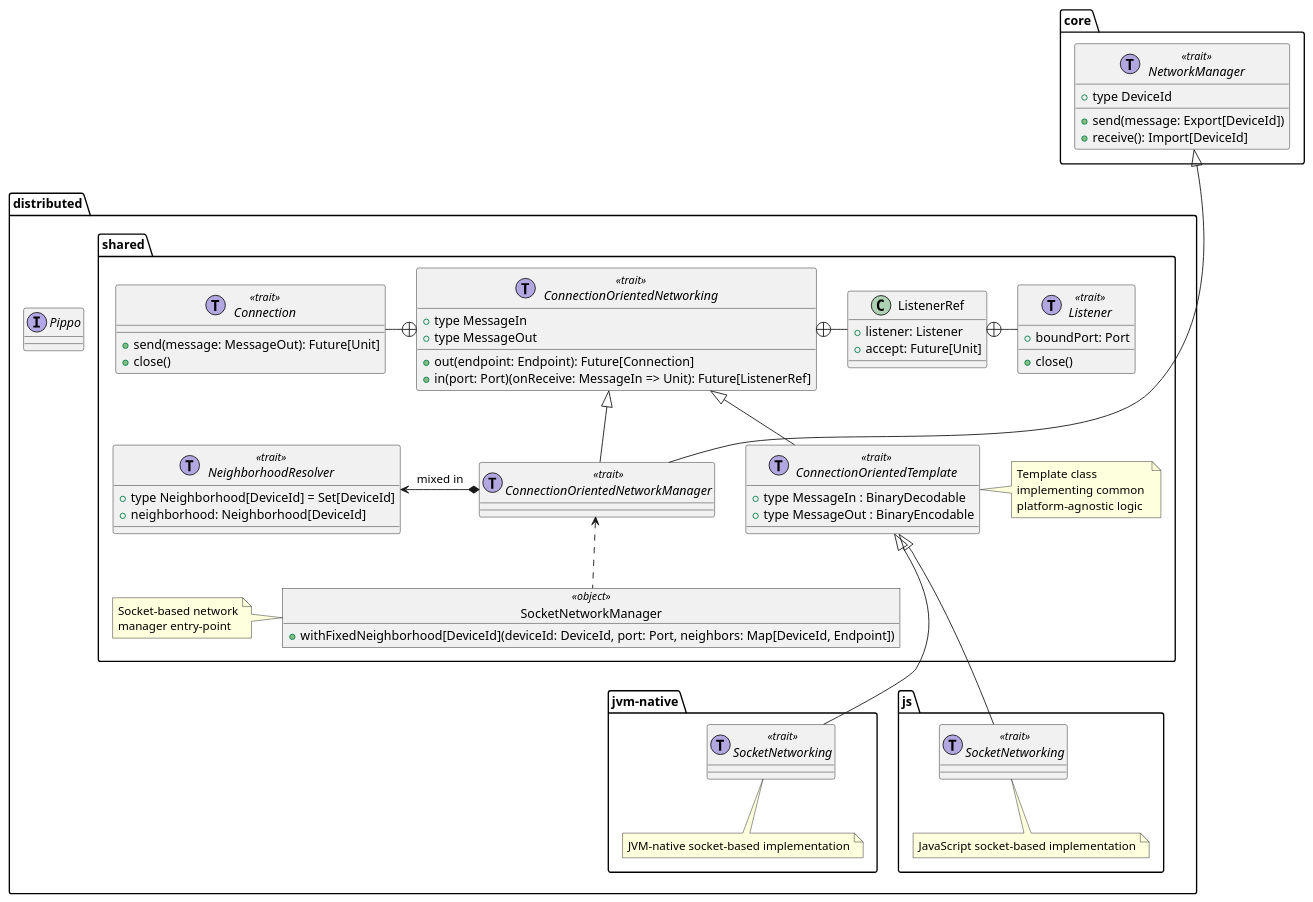
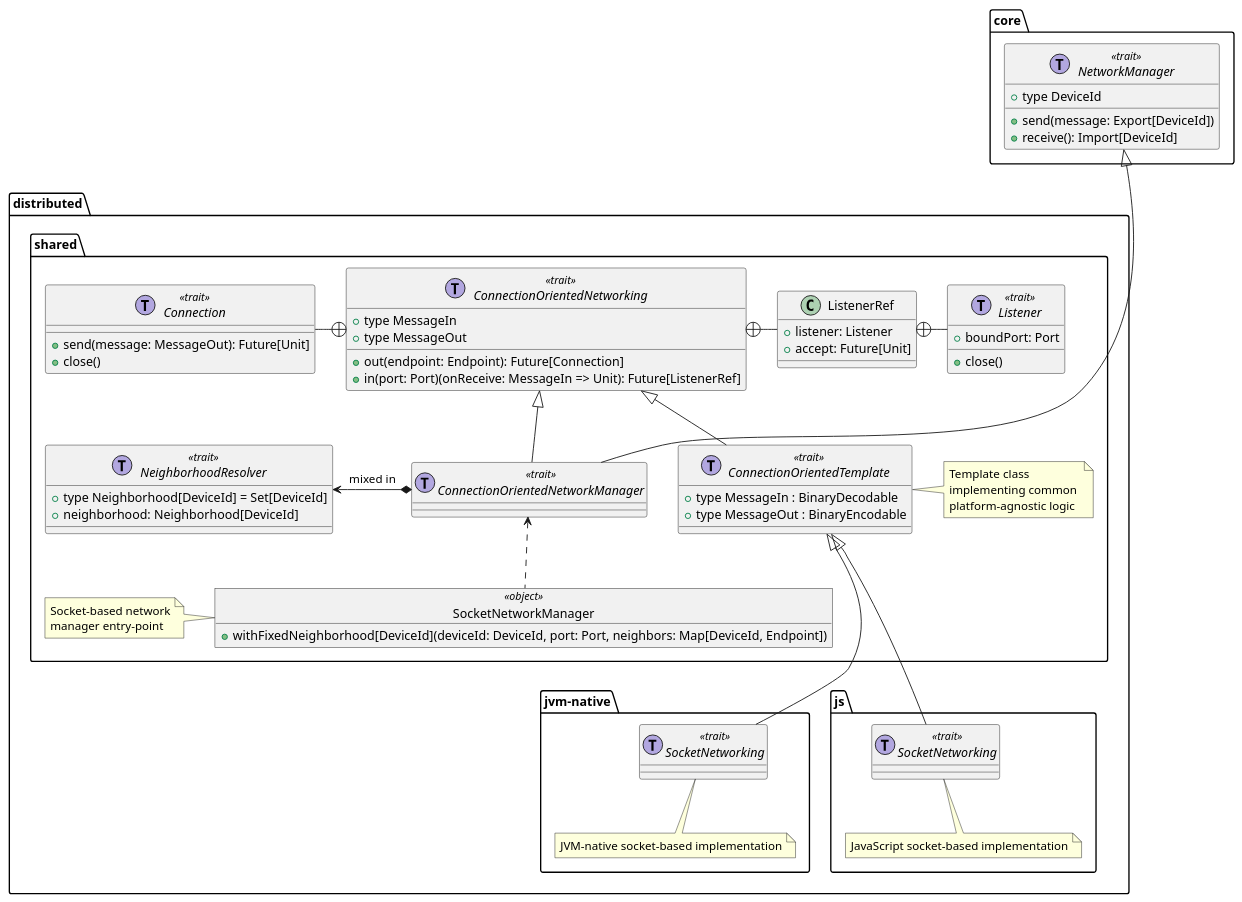
The diagram in resources/schemas/socket-distribution.puml (tassiluca/scafi3-mp-api-thesis), drawn with PlantUML before and after one commit. The commit also changed 4 other files, not shown here.

```diff
--- a/resources/schemas/socket-distribution.puml
+++ b/resources/schemas/socket-distribution.puml
@@ -1,100 +1,99 @@
 @startuml socket-distribution
 
 skinparam interface<<trait>> {
   BackgroundColor lightblue
   BorderColor blue
   StereotypeFontColor blue
 }
 
 package "core" {
     interface NetworkManager << (T,#b2a7e0) trait >> {
         + type DeviceId
         + send(message: Export[DeviceId])
         + receive(): Import[DeviceId]
     }
 }
 
 package "distributed" {
     package "shared" {
         ' object InetTypes {
         '     + type IPv4
         '     + type Port
         '     + type Hostname
         '     + type Endpoint
         '     + ...
         ' }
 
         interface ConnectionOrientedNetworking << (T,#b2a7e0) trait >> {
             + type MessageIn
             + type MessageOut
             + out(endpoint: Endpoint): Future[Connection]
             + in(port: Port)(onReceive: MessageIn => Unit): Future[ListenerRef]
         }
         ConnectionOrientedNetworking +-left- Connection
         ConnectionOrientedNetworking +- ListenerRef
         ListenerRef +- Listener
 
         interface Connection << (T,#b2a7e0) trait >> {
             + send(message: MessageOut): Future[Unit]
             + close()
         }
 
         class ListenerRef {
             + listener: Listener
             + accept: Future[Unit]
         }
 
         interface Listener << (T,#b2a7e0) trait >> {
             + boundPort: Port
             + close()
         }
 
         interface ConnectionOrientedTemplate << (T,#b2a7e0) trait >> extends ConnectionOrientedNetworking {
             + type MessageIn : BinaryDecodable
             + type MessageOut : BinaryEncodable
         }
         note right of ConnectionOrientedTemplate
             Template class 
             implementing common 
             platform-agnostic logic
         end note
 
         interface NeighborhoodResolver << (T,#b2a7e0) trait >> {
             + type Neighborhood[DeviceId] = Set[DeviceId]
             + neighborhood: Neighborhood[DeviceId]
         }
 
         interface ConnectionOrientedNetworkManager << (T,#b2a7e0) trait >> extends ConnectionOrientedNetworking
         ConnectionOrientedNetworkManager *-left-> NeighborhoodResolver : mixed in
         core.NetworkManager <|--- ConnectionOrientedNetworkManager
 
         object SocketNetworkManager << object>> {
             + withFixedNeighborhood[DeviceId](deviceId: DeviceId, port: Port, neighbors: Map[DeviceId, Endpoint])
         }
         note left of SocketNetworkManager
             Socket-based network
             manager entry-point
         end note
         SocketNetworkManager .up.> ConnectionOrientedNetworkManager
     }
 
     package "jvm-native" {
         interface SocketNetworking << (T,#b2a7e0) trait >>
         SocketNetworking --up-|> distributed.shared.ConnectionOrientedTemplate
         note bottom of SocketNetworking
             JVM-native socket-based implementation
         end note
     }
 
     package "js" {
         interface SocketNetworking << (T,#b2a7e0) trait >> 
         SocketNetworking --up-|> distributed.shared.ConnectionOrientedTemplate
         note bottom of SocketNetworking
             JavaScript socket-based implementation
         end note
     }
 
-    interface Pippo
 }
 
 @enduml
```
